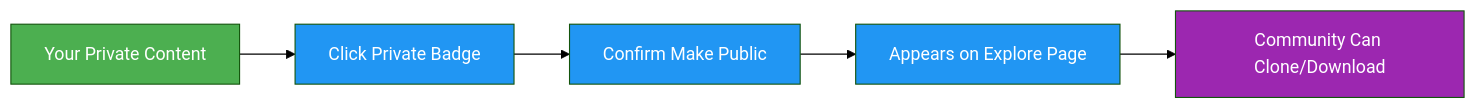
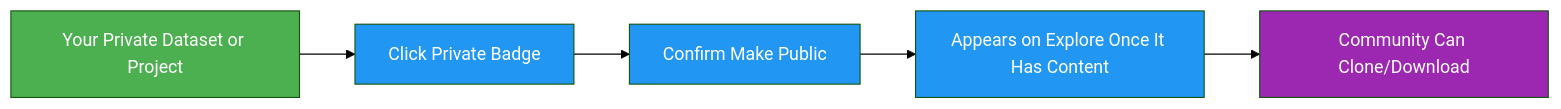
One commit to Rehman-AD/cv-yolov8-core changed the third of 3 diagrams in docs/en/platform/explore.md. Above: the diagram before and after it, drawn with Mermaid (forest theme). The commit also changed other lines of this file and 6 other files, not shown here.

Commit message:
Align Platform workflow diagrams with the product (#25840)

````diff
--- a/docs/en/platform/explore.md
+++ b/docs/en/platform/explore.md
@@ -274,11 +274,11 @@
 ```mermaid
 graph LR
-    A[Your Private Content]:::start --> B[Click Private Badge]:::proc
+    A[Your Private Dataset or Project]:::start --> B[Click Private Badge]:::proc
     B --> C[Confirm Make Public]:::proc
-    C --> D[Appears on Explore Page]:::proc
+    C --> D[Appears on Explore Once It Has Content]:::proc
     D --> E[Community Can Clone/Download]:::out
 
     classDef start fill:#4CAF50,color:#fff
     classDef proc fill:#2196F3,color:#fff
     classDef out fill:#9C27B0,color:#fff
 ```
````
